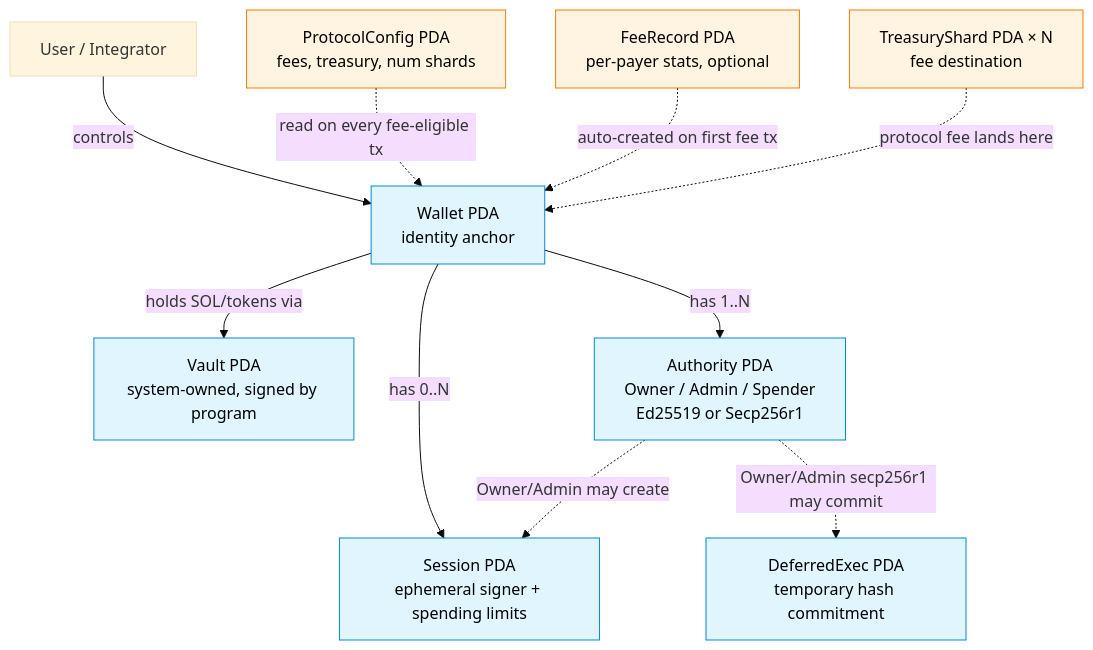
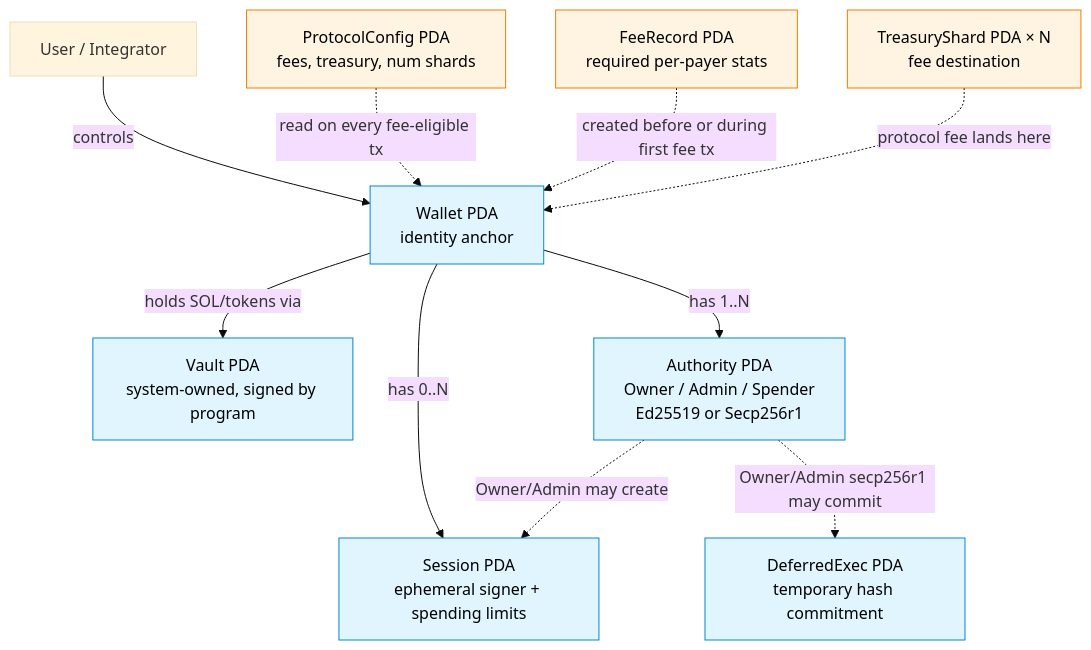
Before and after one commit to lazor-kit/lazorkit-protocol: the first of 6 diagrams in docs/Architecture.md, drawn with Mermaid (base theme). The commit also changed other lines of this file and 5 other files, not shown here.

````diff
--- a/docs/Architecture.md
+++ b/docs/Architecture.md
@@ -22,18 +22,18 @@
 ```mermaid
 graph TD
     User[User / Integrator] -->|controls| Wallet[Wallet PDA<br/>identity anchor]
     Wallet -->|holds SOL/tokens via| Vault[Vault PDA<br/>system-owned, signed by program]
     Wallet -->|has 1..N| Auth[Authority PDA<br/>Owner / Admin / Spender<br/>Ed25519 or Secp256r1]
     Wallet -->|has 0..N| Session[Session PDA<br/>ephemeral signer + spending limits]
     Auth -.->|Owner/Admin may create| Session
     Auth -.->|Owner/Admin secp256r1 may commit| Deferred[DeferredExec PDA<br/>temporary hash commitment]
 
     Config[ProtocolConfig PDA<br/>fees, treasury, num shards] -.->|read on every fee-eligible tx| Wallet
-    FeeRecord[FeeRecord PDA<br/>per-payer stats, optional] -.->|auto-created on first fee tx| Wallet
+    FeeRecord[FeeRecord PDA<br/>required per-payer stats] -.->|created before or during first fee tx| Wallet
     Treasury[TreasuryShard PDA × N<br/>fee destination] -.->|protocol fee lands here| Wallet
 
     classDef pda fill:#e1f5ff,stroke:#0288d1,color:#000
     classDef proto fill:#fff4e1,stroke:#f57c00,color:#000
     class Wallet,Vault,Auth,Session,Deferred pda
     class Config,FeeRecord,Treasury proto
 ```
````
